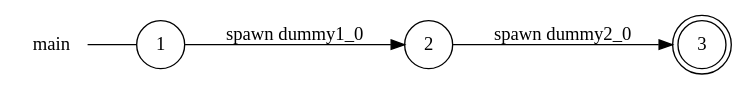
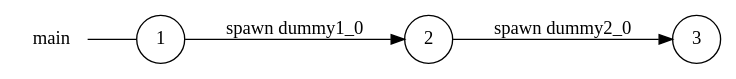
The diagram in examples/async/main_local_view.dot (gabrielegenovese/chorer), drawn with Graphviz before and after one commit. The commit also changed 33 other files, not shown here.

```diff
--- a/examples/async/main_local_view.dot
+++ b/examples/async/main_local_view.dot
@@ -1,11 +1,11 @@
 digraph main {
 	rankdir="LR";
 	n_0 [label="main", shape="plaintext"];
 	n_1 [id="1", shape=circle, label="1"];
 	n_0 -> n_1 [arrowhead=none];
 	n_2 [id="2", shape=circle, label="2"];
-	n_3 [id="3", shape=doublecircle, label="3"];
+	n_3 [id="3", shape=circle, label="3"];
 
+	n_1 -> n_2 [id="[$e|1]", label="spawn dummy1_0"];
 	n_2 -> n_3 [id="[$e|0]", label="spawn dummy2_0"];
-	n_1 -> n_2 [id="[$e|1]", label="spawn dummy1_0"];
 }
```
